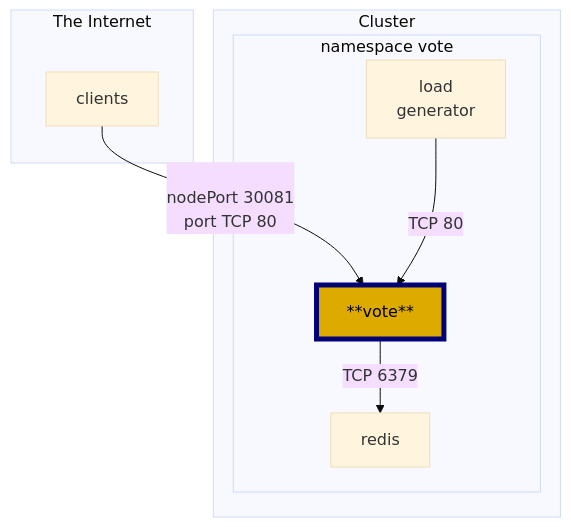
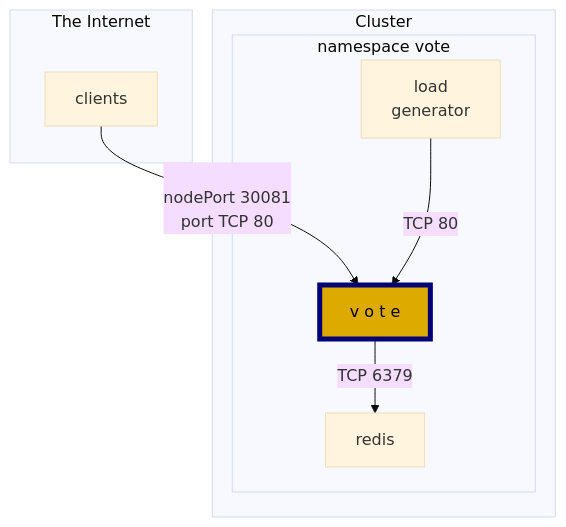
One commit to regisftm/owasp-toronto changed the second of 2 diagrams in README.md. Above: the diagram before and after it, drawn with Mermaid (base theme).

````diff
--- a/README.md
+++ b/README.md
@@ -81,17 +81,17 @@
 ```mermaid
 flowchart TD
 subgraph The Internet
     Z[clients]
 end
 Z -->|\nnodePort 30081 \n port TCP 80| B
 subgraph Cluster
     subgraph namespace vote
         A[load\n generator]
-        B[**vote**]
+        B[v o t e]
         C[redis]
         style B fill:#da0,stroke:#007,color:#000,stroke-width:5px
     end
     A -->|TCP 80| B
     B -->|TCP 6379| C
 end
 ```
````
